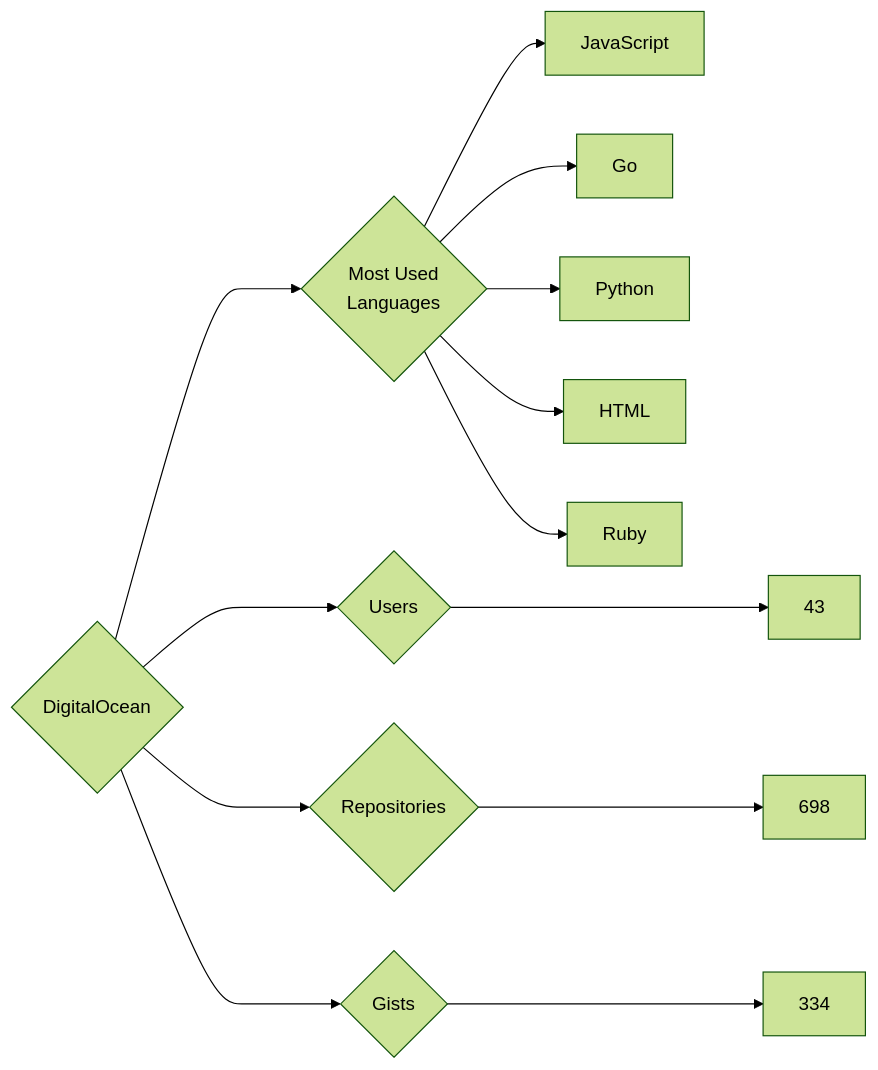
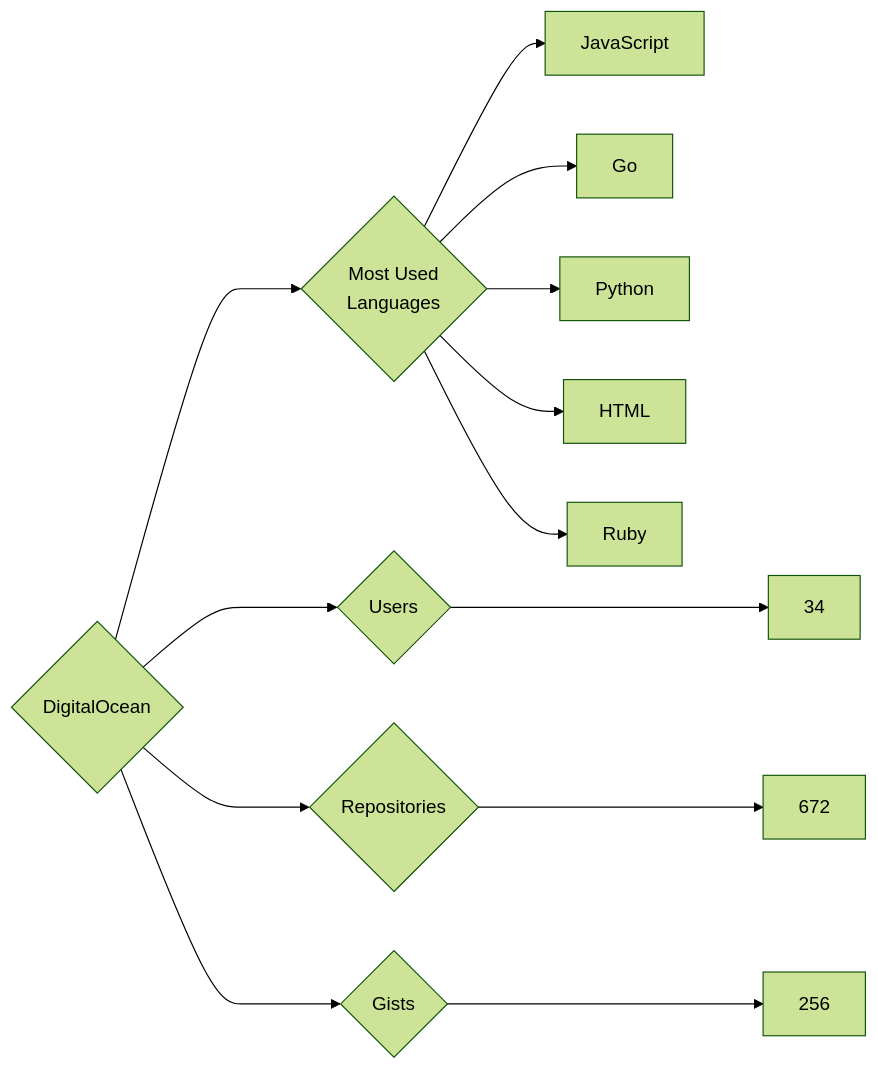
One commit to trickest/insiders changed the diagram in targets/DigitalOcean/README.md. Above: the diagram before and after it, drawn with Mermaid (forest theme). The commit also changed 930 other files, not shown here.

````diff
--- a/targets/DigitalOcean/README.md
+++ b/targets/DigitalOcean/README.md
@@ -3,13 +3,13 @@
 ```mermaid
 graph LR
 COMPANY_NAME{DigitalOcean}
-COMPANY_NAME ---> U{Users} ---> UN[43]
-COMPANY_NAME ---> R{Repositories} ---> RN[698]
-COMPANY_NAME ---> G{Gists} ---> GN[334]
+COMPANY_NAME ---> U{Users} ---> UN[34]
+COMPANY_NAME ---> R{Repositories} ---> RN[672]
+COMPANY_NAME ---> G{Gists} ---> GN[256]
 COMPANY_NAME ---> ML{Most Used<br>Languages}
 ML --> JavaScript[JavaScript]
 ML --> Go[Go]
 ML --> Python[Python]
 ML --> HTML[HTML]
 ML --> Ruby[Ruby]
 ```
````
